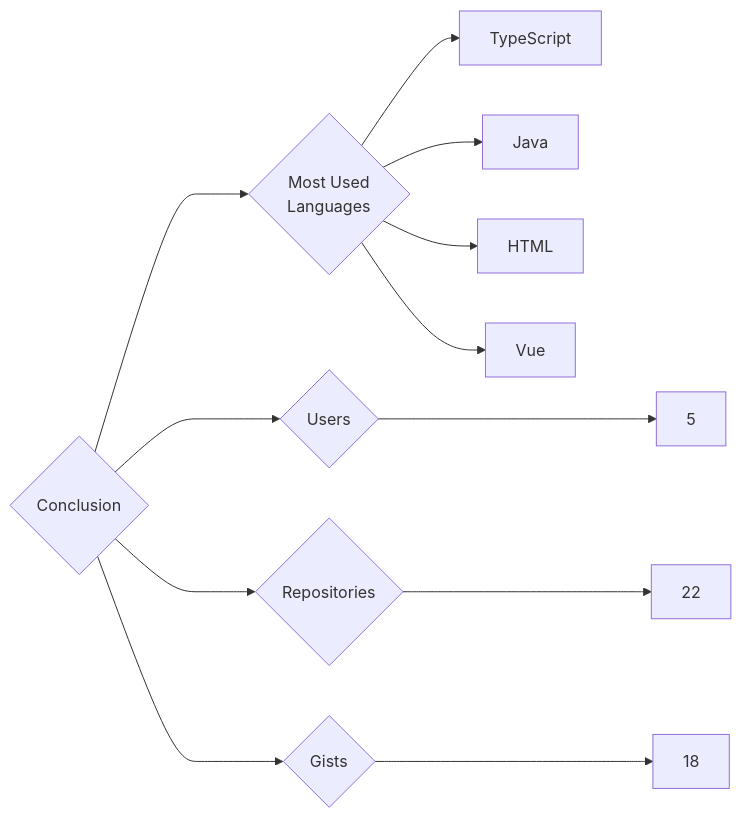
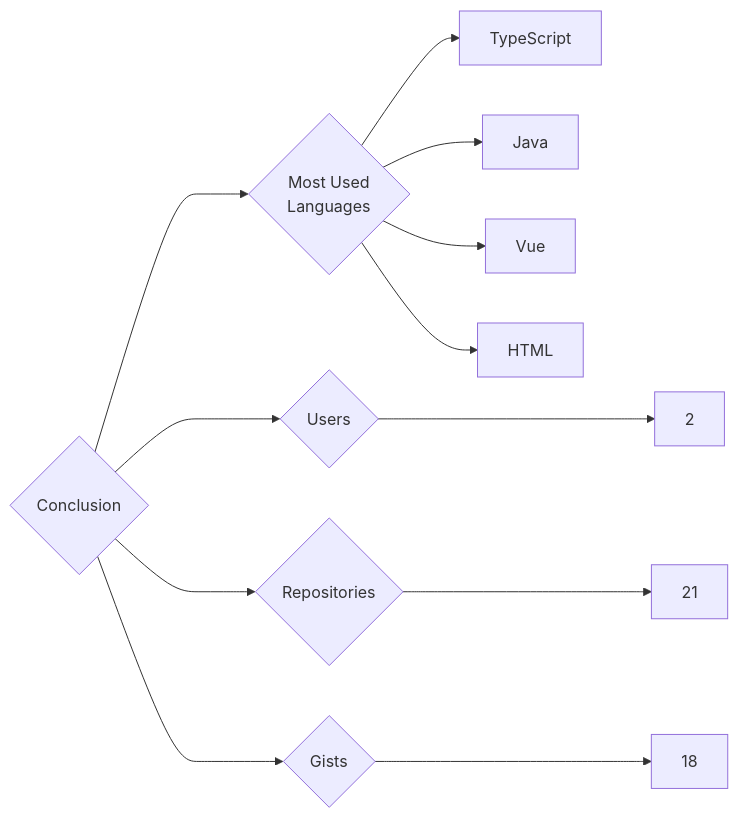
Before and after one commit to trickest/insiders: the diagram in targets/Conclusion/README.md, drawn with Mermaid. The commit also changed 933 other files, not shown here.

````diff
--- a/targets/Conclusion/README.md
+++ b/targets/Conclusion/README.md
@@ -3,12 +3,12 @@
 ```mermaid
 graph LR
 COMPANY_NAME{Conclusion}
-COMPANY_NAME ---> U{Users} ---> UN[5]
-COMPANY_NAME ---> R{Repositories} ---> RN[22]
+COMPANY_NAME ---> U{Users} ---> UN[2]
+COMPANY_NAME ---> R{Repositories} ---> RN[21]
 COMPANY_NAME ---> G{Gists} ---> GN[18]
 COMPANY_NAME ---> ML{Most Used<br>Languages}
 ML --> TypeScript[TypeScript]
 ML --> Java[Java]
+ML --> Vue[Vue]
 ML --> HTML[HTML]
-ML --> Vue[Vue]
 ```
````
